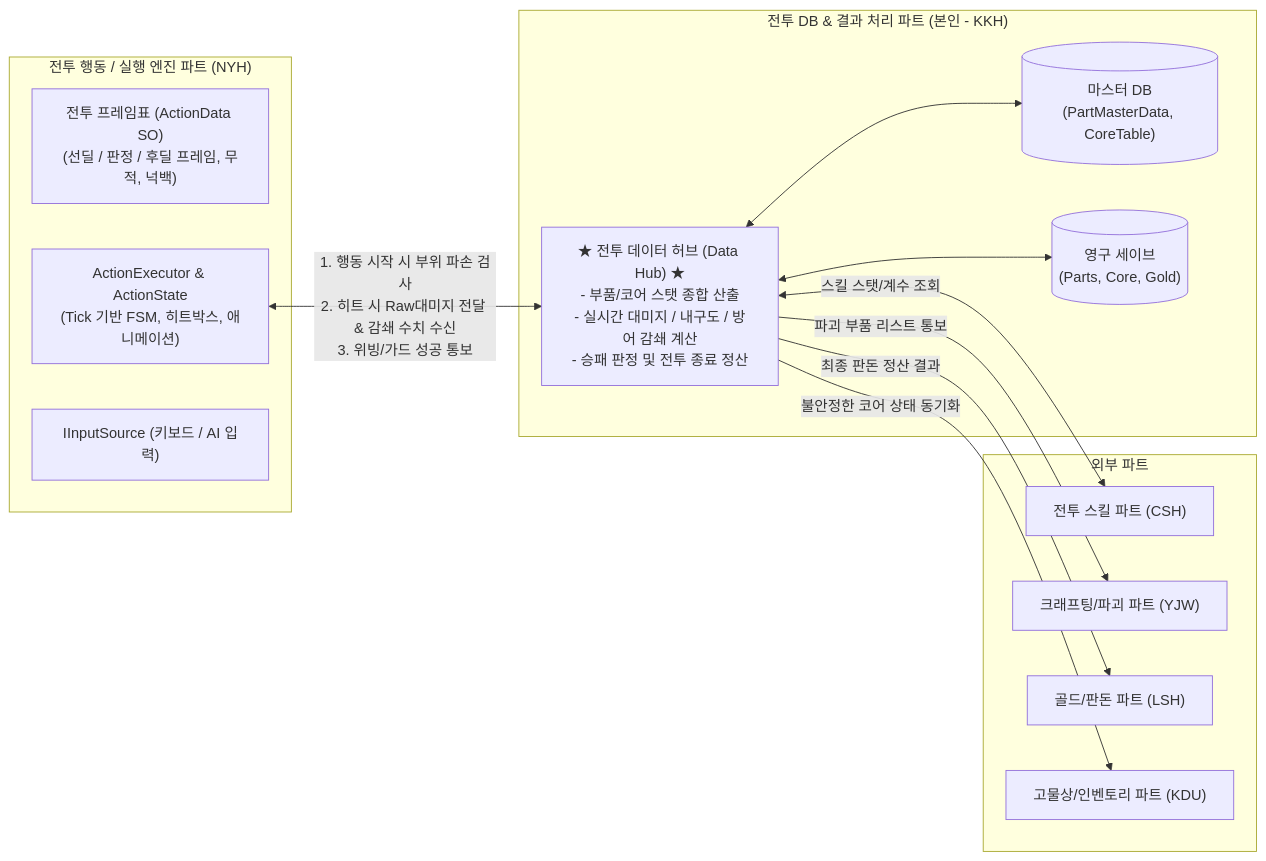
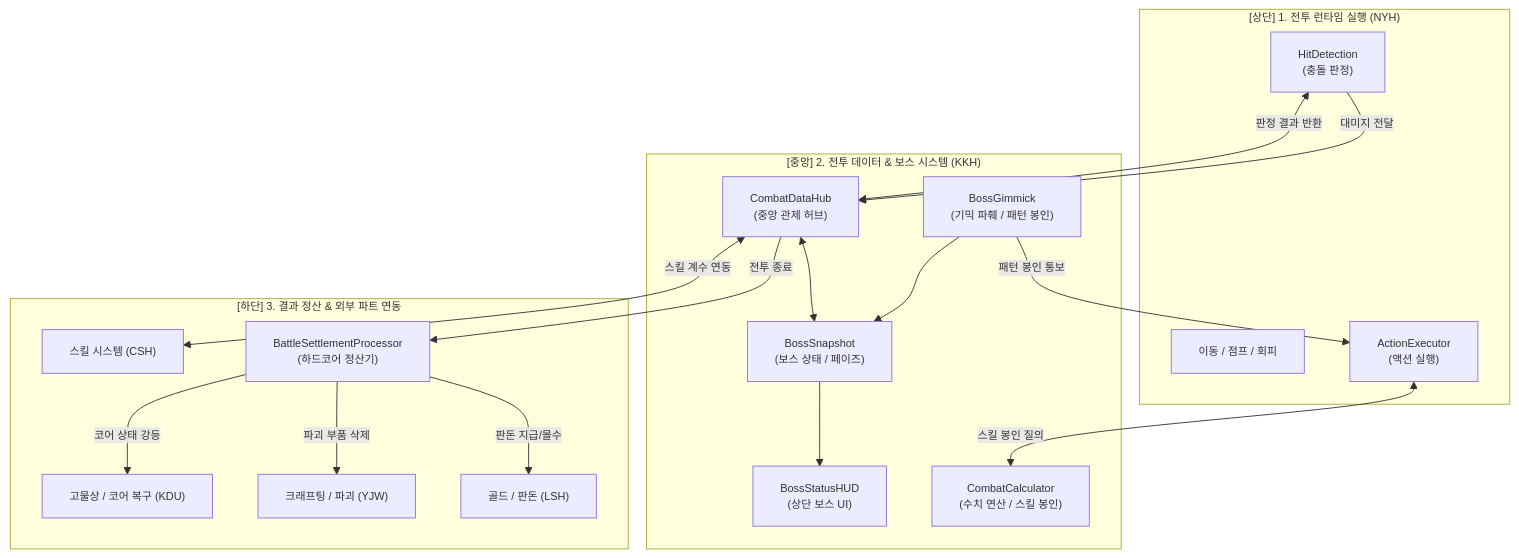
One commit to Kimdoeon52/2026_Com2us_Project changed the first of 6 diagrams in Assets/KKH/06.Document/BattleManager_Architecture.md. Above: the diagram before and after it, drawn with Mermaid. The commit also changed other lines of this file and 1 other file, not shown here.

````diff
--- a/Assets/KKH/06.Document/BattleManager_Architecture.md
+++ b/Assets/KKH/06.Document/BattleManager_Architecture.md
@@ -16,30 +22,44 @@
 ```mermaid
-flowchart LR
-    subgraph ExecutionLayer["전투 행동 / 실행 엔진 파트 (NYH)"]
-        FrameTable["전투 프레임표 (ActionData SO)\n(선딜 / 판정 / 후딜 프레임, 무적, 넉백)"]
-        Executor["ActionExecutor & ActionState\n(Tick 기반 FSM, 히트박스, 애니메이션)"]
-        InputSrc["IInputSource (키보드 / AI 입력)"]
+%%{init: {'themeVariables': { 'fontSize': '12px' }}}%%
+flowchart TD
+    %% [1. 상단] 전투 런타임 실행 계층
+    subgraph Top["[상단] 1. 전투 런타임 실행 (NYH)"]
+        Movement["이동 / 점프 / 회피"]
+        ActionExec["ActionExecutor<br/>(액션 실행)"]
+        Collision["HitDetection<br/>(충돌 판정)"]
     end
 
-    subgraph DataHubLayer["전투 DB & 결과 처리 파트 (본인 - KKH)"]
-        DataHub["★ 전투 데이터 허브 (Data Hub) ★\n- 부품/코어 스탯 종합 산출\n- 실시간 대미지 / 내구도 / 방어 감쇄 계산\n- 승패 판정 및 전투 종료 정산"]
-        MasterDB[("마스터 DB\n(PartMasterData, CoreTable)")]
-        SaveDB[("영구 세이브\n(Parts, Core, Gold)")]
+    %% [2. 중앙] 전투 데이터 & 보스 시스템 계층
+    subgraph Mid["[중앙] 2. 전투 데이터 & 보스 시스템 (KKH)"]
+        Calculator["CombatCalculator<br/>(수치 연산 / 스킬 봉인)"]
+        DataHub["CombatDataHub<br/>(중앙 관제 허브)"]
+        BossSnap["BossSnapshot<br/>(보스 상태 / 페이즈)"]
+        BossGimmick["BossGimmick<br/>(기믹 파훼 / 패턴 봉인)"]
+        BossUI["BossStatusHUD<br/>(상단 보스 UI)"]
     end
 
-    subgraph ExternalLayers["외부 파트"]
-        SkillPart["전투 스킬 파트 (CSH)"]
-        CraftPart["크래프팅/파괴 파트 (YJW)"]
-        EconPart["골드/판돈 파트 (LSH)"]
-        ScrapPart["고물상/인벤토리 파트 (KDU)"]
+    %% [3. 하단] 결과 정산 & 외부 파트 연동 계층
+    subgraph Bot["[하단] 3. 결과 정산 & 외부 파트 연동"]
+        Settlement["BattleSettlementProcessor<br/>(하드코어 정산기)"]
+        EconPart["골드 / 판돈 (LSH)"]
+        CraftPart["크래프팅 / 파괴 (YJW)"]
+        ScrapPart["고물상 / 코어 복구 (KDU)"]
+        SkillPart["스킬 시스템 (CSH)"]
     end
 
-    Executor <-->|1. 행동 시작 시 부위 파손 검사\n2. 히트 시 Raw대미지 전달 & 감쇄 수치 수신\n3. 위빙/가드 성공 통보| DataHub
-    DataHub <--> MasterDB
-    DataHub <--> SaveDB
+    %% 상호 작용
+    ActionExec <-->|"스킬 봉인 질의"| Calculator
+    Collision -->|"대미지 전달"| DataHub
+    DataHub <-->|"판정 결과 반환"| Collision
+    BossGimmick -->|"패턴 봉인 통보"| ActionExec
 
-    DataHub <-->|스킬 스탯/계수 조회| SkillPart
-    DataHub -->|파괴 부품 리스트 통보| CraftPart
-    DataHub -->|최종 판돈 정산 결과| EconPart
-    DataHub -->|불안정한 코어 상태 동기화| ScrapPart
+    DataHub <--> BossSnap
+    BossSnap --> BossUI
+    BossGimmick --> BossSnap
+
+    DataHub -->|"전투 종료"| Settlement
+    Settlement -->|"판돈 지급/몰수"| EconPart
+    Settlement -->|"파괴 부품 삭제"| CraftPart
+    Settlement -->|"코어 상태 강등"| ScrapPart
+    DataHub <-->|"스킬 계수 연동"| SkillPart
 ```
````
